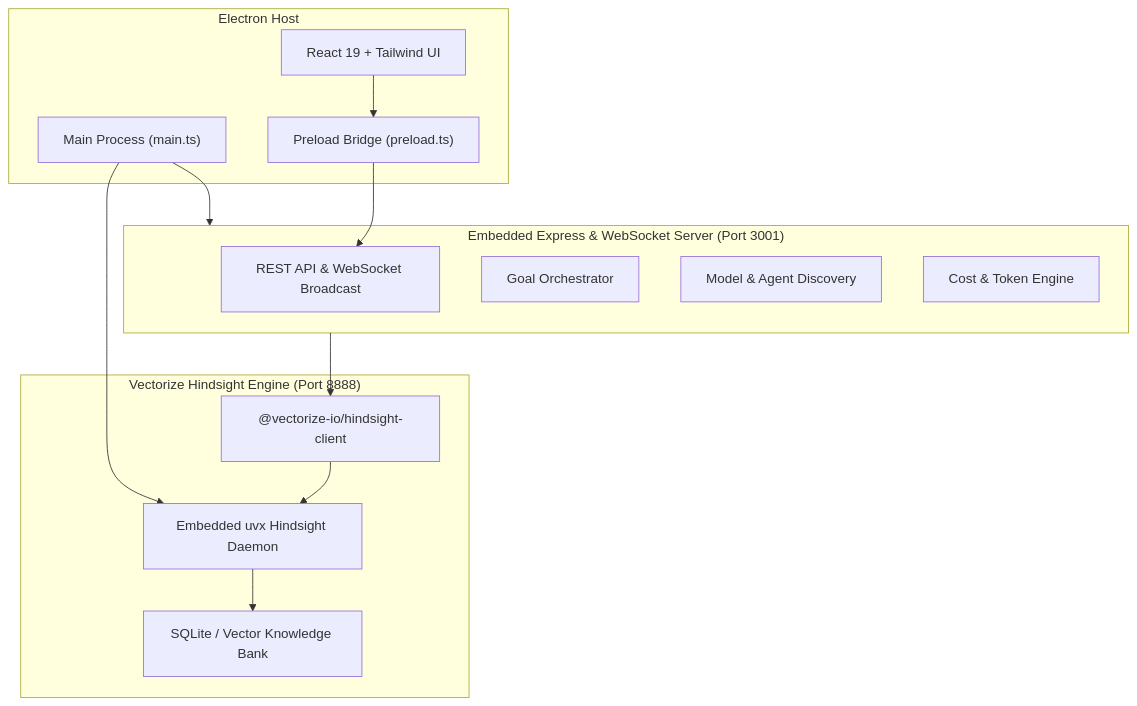
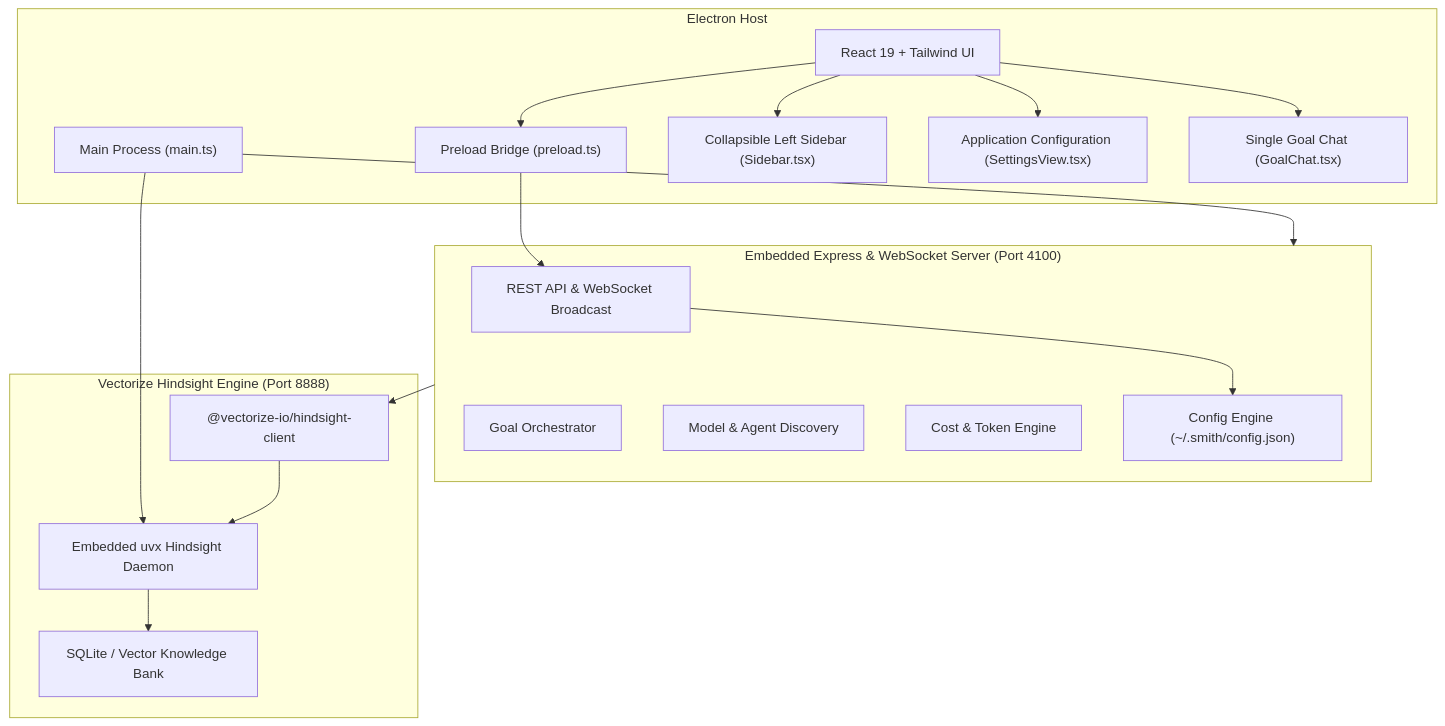
Before and after one commit to jeeyo/smith: the diagram in README.md, drawn with Mermaid. The commit also changed other lines of this file and 2 other files, not shown here.

Commit message:
docs: update README, Technical Architecture, and User Manual with Left Sidebar and App Configuration guide

````diff
--- a/README.md
+++ b/README.md
@@ -73,29 +78,37 @@
 ```mermaid
 flowchart TD
     subgraph Electron ["Electron Host"]
         Main["Main Process (main.ts)"]
         Preload["Preload Bridge (preload.ts)"]
         Renderer["React 19 + Tailwind UI"]
+        Sidebar["Collapsible Left Sidebar (Sidebar.tsx)"]
+        SettingsView["Application Configuration (SettingsView.tsx)"]
+        GoalChat["Single Goal Chat (GoalChat.tsx)"]
     end
 
-    subgraph Backend ["Embedded Express & WebSocket Server (Port 3001)"]
+    subgraph Backend ["Embedded Express & WebSocket Server (Port 4100)"]
         API["REST API & WebSocket Broadcast"]
         Orchestrator["Goal Orchestrator"]
         Discovery["Model & Agent Discovery"]
         CostEngine["Cost & Token Engine"]
+        ConfigEngine["Config Engine (~/.smith/config.json)"]
     end
 
     subgraph Hindsight ["Vectorize Hindsight Engine (Port 8888)"]
         HSDaemon["Embedded uvx Hindsight Daemon"]
         HSClient["@vectorize-io/hindsight-client"]
         MemoryBank["SQLite / Vector Knowledge Bank"]
     end
 
     Main --> Backend
     Main --> HSDaemon
     Renderer --> Preload
     Preload --> API
+    Renderer --> Sidebar
+    Renderer --> SettingsView
+    Renderer --> GoalChat
+    API --> ConfigEngine
     Backend --> HSClient
     HSClient --> HSDaemon
     HSDaemon --> MemoryBank
 ```
````
